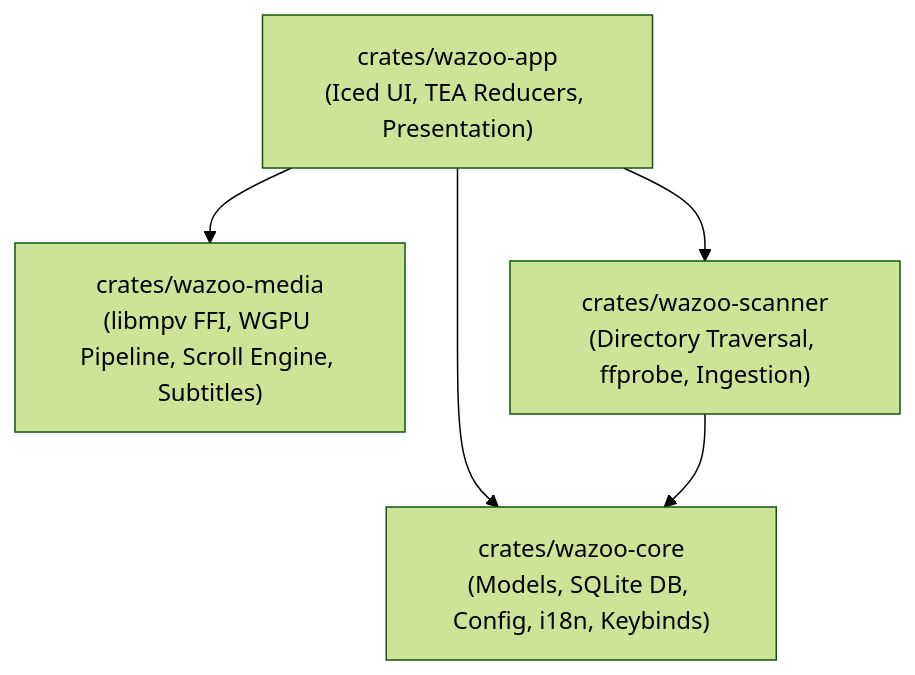
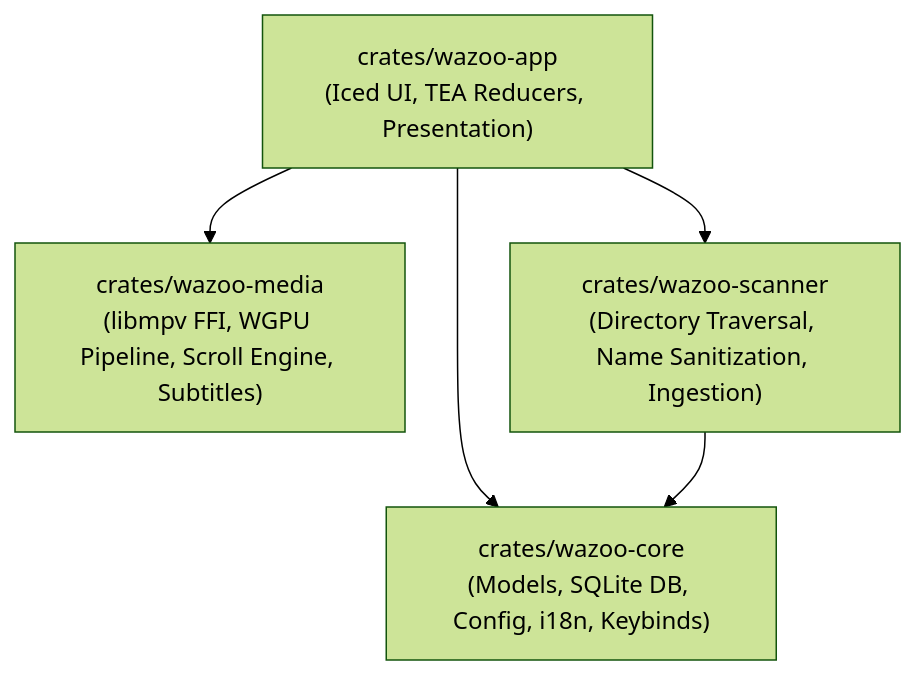
The first of 6 diagrams in docs/README.md (alkali-softworks/wazoo), drawn with Mermaid (forest theme) before and after one commit. The commit also changed other lines of this file and 5 other files, not shown here.

Commit message:
refactor(scanner): remove obsolete ffprobe metadata probing and dependencies

````diff
--- a/docs/README.md
+++ b/docs/README.md
@@ -13,11 +13,11 @@
 ```mermaid
 graph TD
     App["crates/wazoo-app<br/>(Iced UI, TEA Reducers, Presentation)"]
     Core["crates/wazoo-core<br/>(Models, SQLite DB, Config, i18n, Keybinds)"]
     Media["crates/wazoo-media<br/>(libmpv FFI, WGPU Pipeline, Scroll Engine, Subtitles)"]
-    Scanner["crates/wazoo-scanner<br/>(Directory Traversal, ffprobe, Ingestion)"]
+    Scanner["crates/wazoo-scanner<br/>(Directory Traversal, Name Sanitization, Ingestion)"]
     App --> Core
     App --> Media
     App --> Scanner
     Scanner --> Core
 ```
````
